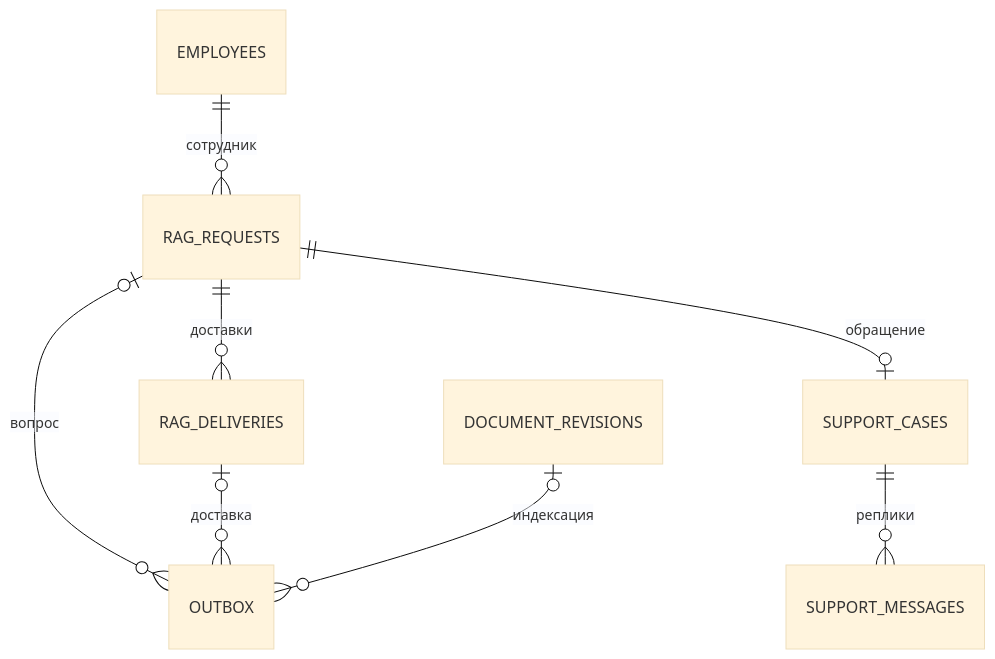
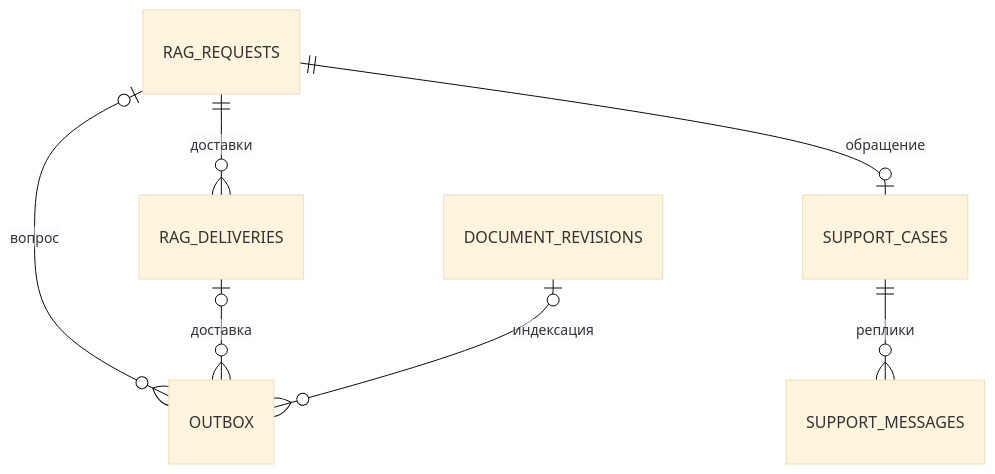
One commit to verdenkaa/docs-bots changed the diagram in docs/documents/infrastructure/postgresql/index.md. Above: the diagram before and after it, drawn with Mermaid (base theme). The commit also changed other lines of this file and 43 other files, not shown here.

```diff
--- a/docs/documents/infrastructure/postgresql/index.md
+++ b/docs/documents/infrastructure/postgresql/index.md
@@ -37,10 +37,9 @@
 ~~~mermaid
 erDiagram
- EMPLOYEES ||--o{ RAG_REQUESTS : "сотрудник"
  RAG_REQUESTS ||--o{ RAG_DELIVERIES : "доставки"
  RAG_REQUESTS ||--o| SUPPORT_CASES : "обращение"
  SUPPORT_CASES ||--o{ SUPPORT_MESSAGES : "реплики"
  RAG_REQUESTS o|--o{ OUTBOX : "вопрос"
  RAG_DELIVERIES o|--o{ OUTBOX : "доставка"
  DOCUMENT_REVISIONS o|--o{ OUTBOX : "индексация"
 ~~~
```
